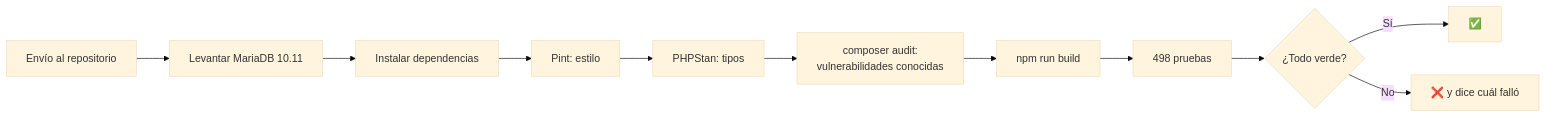
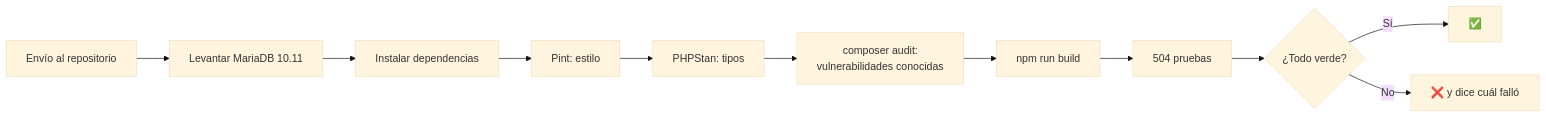
Before and after one commit to 75220834-cloud/PROYECTO-TALLER-DE-INV.-1: the second of 2 diagrams in docs/tecnica/12-pruebas-y-calidad.md, drawn with Mermaid (base theme). The commit also changed other lines of this file and 6 other files, not shown here.

````diff
--- a/docs/tecnica/12-pruebas-y-calidad.md
+++ b/docs/tecnica/12-pruebas-y-calidad.md
@@ -221,13 +221,13 @@
 ```mermaid
 flowchart LR
     A[Envío al repositorio] --> B[Levantar MariaDB 10.11]
     B --> C[Instalar dependencias]
     C --> D[Pint: estilo]
     D --> E[PHPStan: tipos]
     E --> F[composer audit:<br/>vulnerabilidades conocidas]
     F --> G[npm run build]
-    G --> H[498 pruebas]
+    G --> H[504 pruebas]
     H --> I{¿Todo verde?}
     I -->|Sí| J[✅]
     I -->|No| K[❌ y dice cuál falló]
 ```
````
